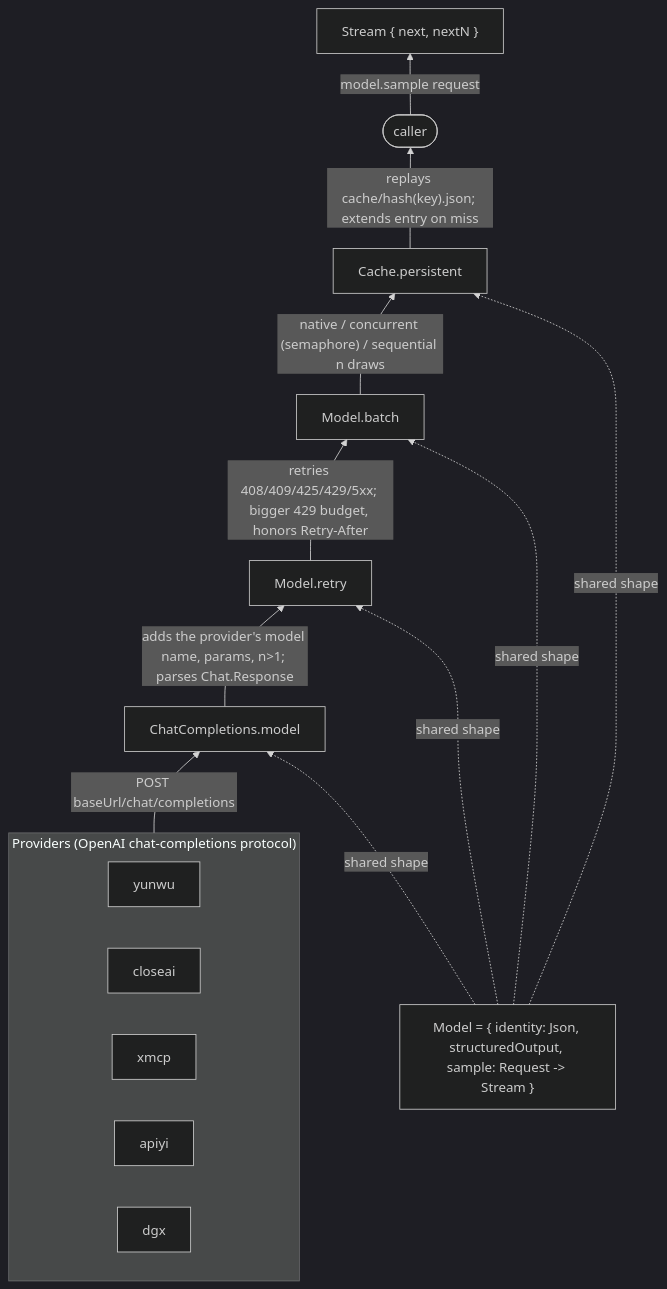
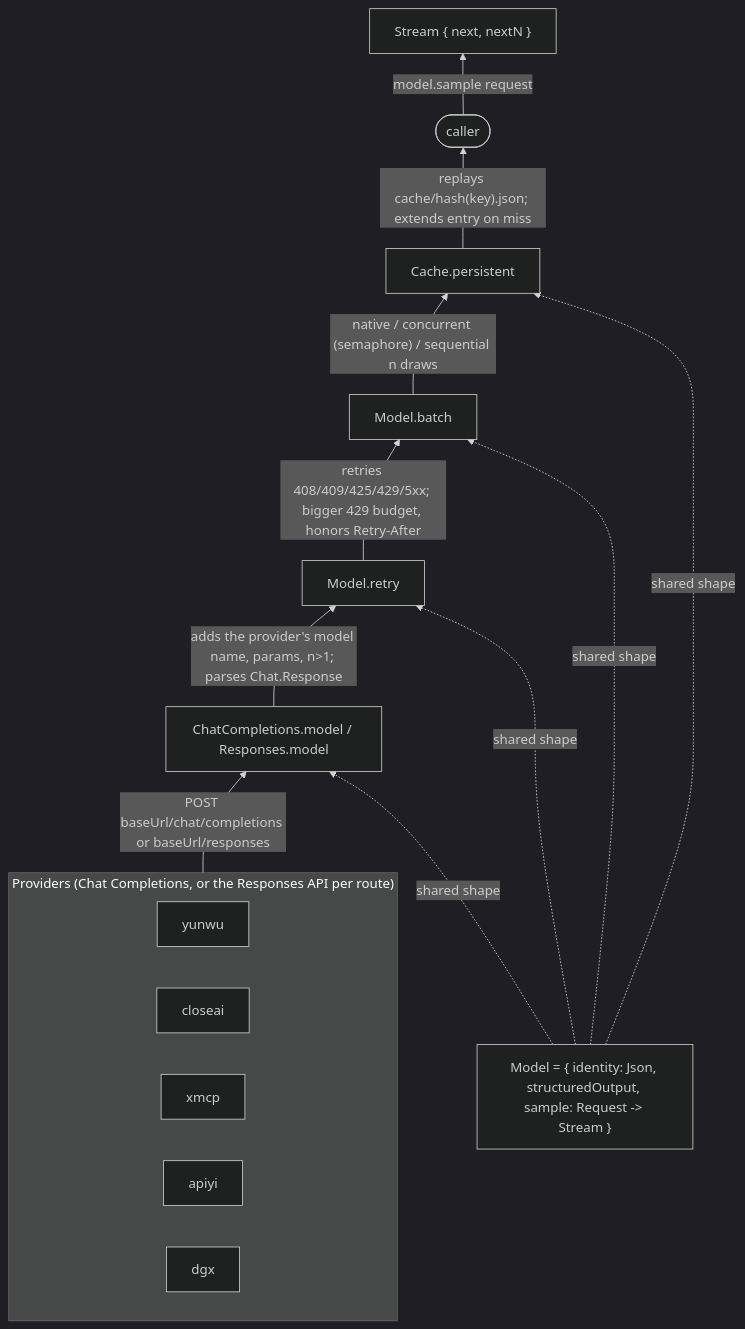
The third of 4 diagrams in docs/llm-api.md (pku-xht/alaya), drawn with Mermaid (dark theme) before and after one commit. The commit also changed other lines of this file and 16 other files, not shown here.

First line of the commit message:
Speak the Responses API, so an OpenAI reasoning model keeps its reasoning across turns

````diff
--- a/docs/llm-api.md
+++ b/docs/llm-api.md
@@ -248,31 +253,31 @@
 ```mermaid
 flowchart BT
-    subgraph Providers["Providers (OpenAI chat-completions protocol)"]
+    subgraph Providers["Providers (Chat Completions, or the Responses API per route)"]
         direction LR
         yunwu["yunwu"]
         closeai["closeai"]
         xmcp["xmcp"]
         apiyi["apiyi"]
         dgx["dgx"]
     end
 
-    Transport["ChatCompletions.model"]
+    Transport["ChatCompletions.model / Responses.model"]
     Retry["Model.retry"]
     Batch["Model.batch"]
     Cache["Cache.persistent"]
     Caller(["caller"])
 
-    Providers -- "POST baseUrl/chat/completions" --> Transport
+    Providers -- "POST baseUrl/chat/completions or baseUrl/responses" --> Transport
     Transport -- "adds the provider's model name, params, n>1; parses Chat.Response" --> Retry
     Retry -- "retries 408/409/425/429/5xx; bigger 429 budget, honors Retry-After" --> Batch
     Batch -- "native / concurrent (semaphore) / sequential n draws" --> Cache
     Cache -- "replays cache/hash(key).json; extends entry on miss" --> Caller
 
     Iface["Model = { identity: Json, structuredOutput, sample: Request -> Stream }"]
     Iface -.shared shape.-> Transport
     Iface -.shared shape.-> Retry
     Iface -.shared shape.-> Batch
     Iface -.shared shape.-> Cache
 
     Caller -- "model.sample request" --> Stream["Stream { next, nextN }"]
 ```
````
